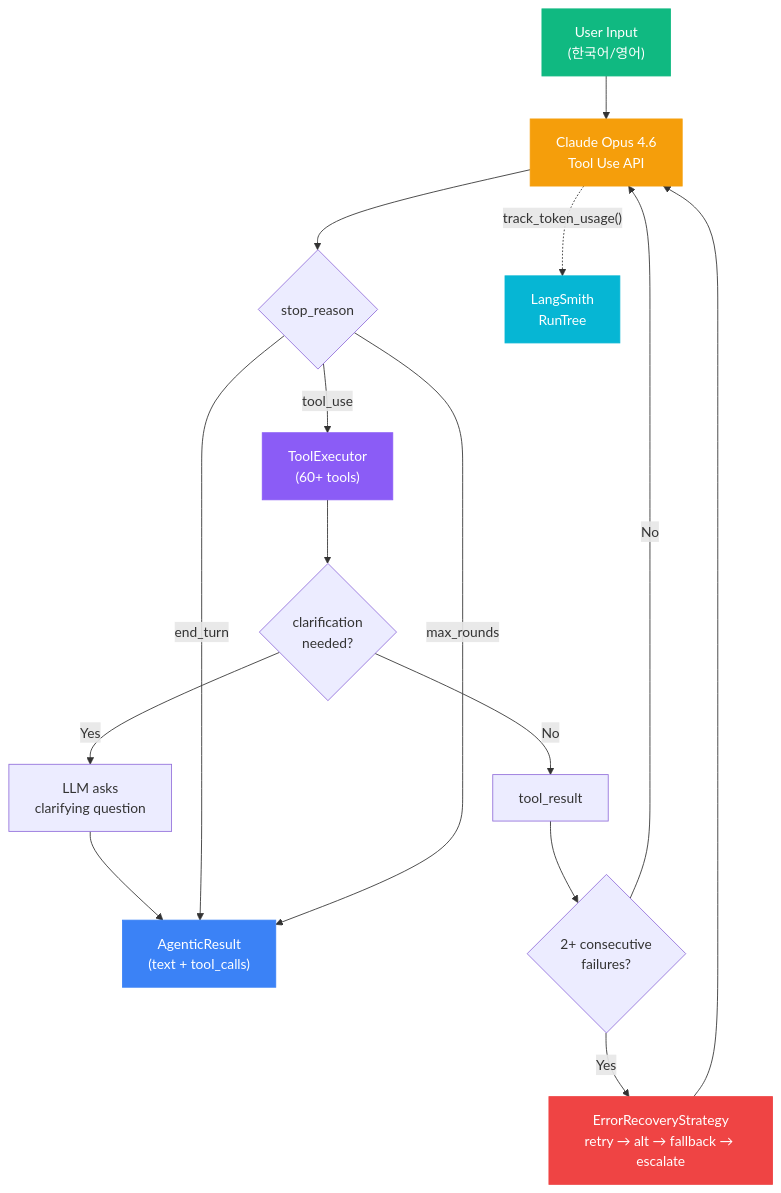
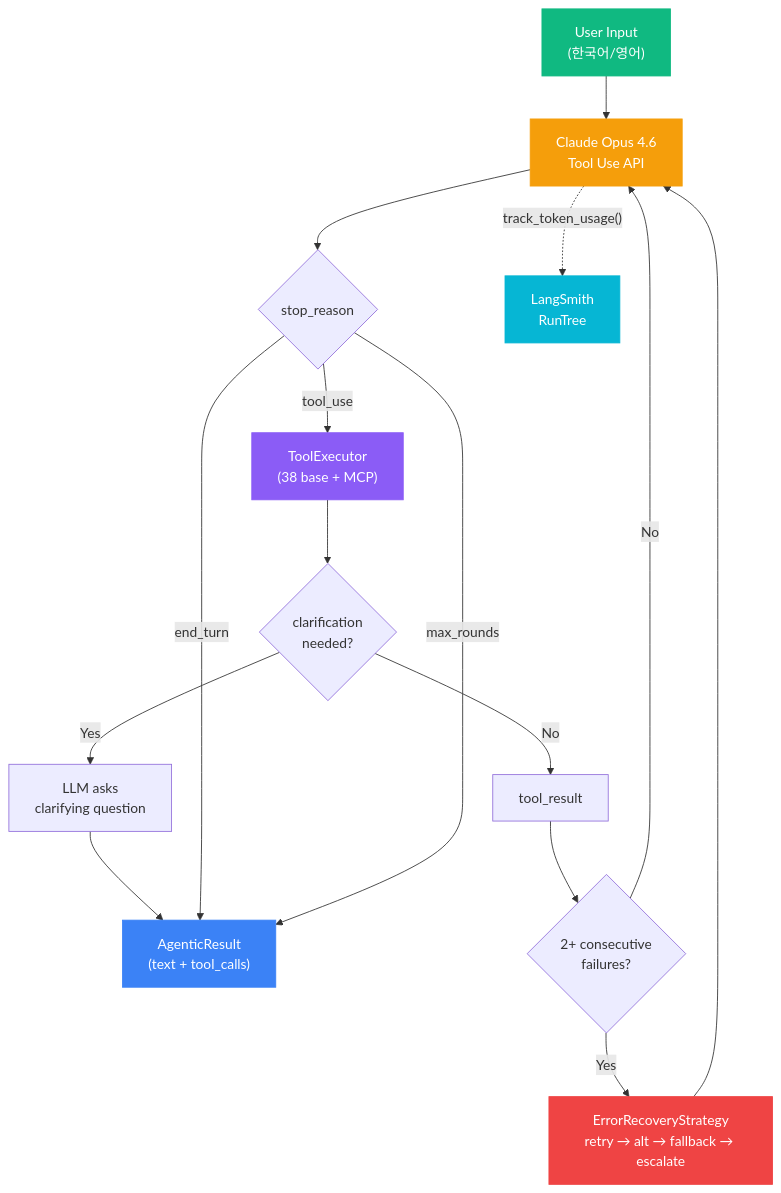
The second of 11 diagrams in README.md (mangowhoiscloud/geode), drawn with Mermaid before and after one commit. The commit also changed other lines of this file and 1 other file, not shown here.

````diff
--- a/README.md
+++ b/README.md
@@ -141,25 +155,25 @@
 ```mermaid
 graph TB
     Input["User Input<br/>(한국어/영어)"] --> LLM["Claude Opus 4.6<br/>Tool Use API"]
     LLM --> Decision{stop_reason}
-    Decision -->|tool_use| Exec["ToolExecutor<br/>(60+ tools)"]
+    Decision -->|tool_use| Exec["ToolExecutor<br/>(38 base + MCP)"]
     Exec --> Check{clarification<br/>needed?}
     Check -->|Yes| Clarify["LLM asks<br/>clarifying question"]
     Clarify --> Output
     Check -->|No| Results["tool_result"]
     Results --> Recovery{"2+ consecutive<br/>failures?"}
     Recovery -->|Yes| ER["ErrorRecoveryStrategy<br/>retry → alt → fallback → escalate"]
     ER --> LLM
     Recovery -->|No| LLM
     Decision -->|end_turn| Output["AgenticResult<br/>(text + tool_calls)"]
     Decision -->|max_rounds| Output
 
     LLM -.->|"track_token_usage()"| LS["LangSmith<br/>RunTree"]
 
     style Input fill:#10b981,stroke:#10b981,color:#fff
     style Output fill:#3b82f6,stroke:#3b82f6,color:#fff
     style LLM fill:#f59e0b,stroke:#f59e0b,color:#fff
     style Exec fill:#8b5cf6,stroke:#8b5cf6,color:#fff
     style LS fill:#06b6d4,stroke:#06b6d4,color:#fff
     style ER fill:#ef4444,stroke:#ef4444,color:#fff
 ```
````
